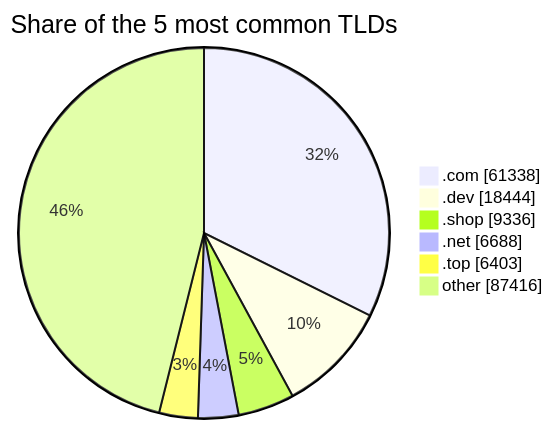
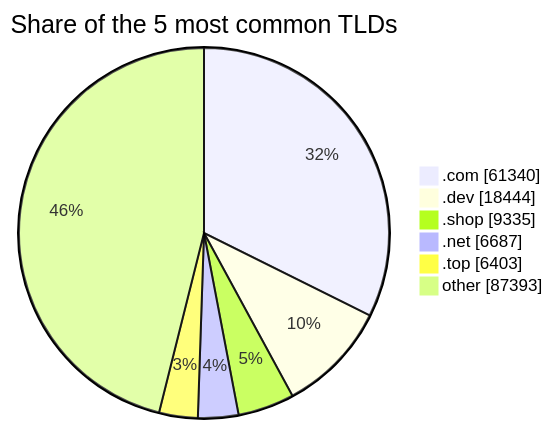
Before and after one commit to DNSBunker/CTI: the third of 3 diagrams in README.md, drawn with Mermaid. The commit also changed other lines of this file and 3 other files, not shown here.

````diff
--- a/README.md
+++ b/README.md
@@ -81,9 +81,9 @@
 ```mermaid
 pie showData title Share of the 5 most common TLDs
-    ".com" : 61338
+    ".com" : 61340
     ".dev" : 18444
-    ".shop" : 9336
-    ".net" : 6688
+    ".shop" : 9335
+    ".net" : 6687
     ".top" : 6403
-    "other" : 87416
+    "other" : 87393
 ```
````
